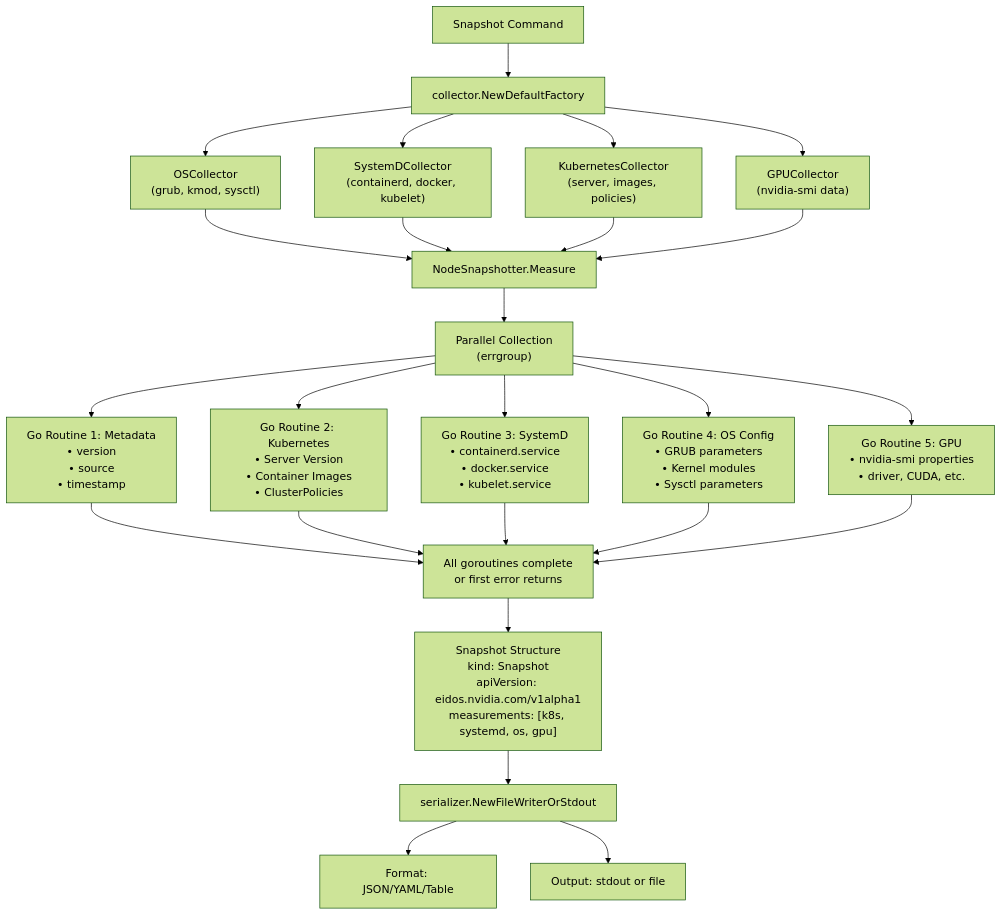
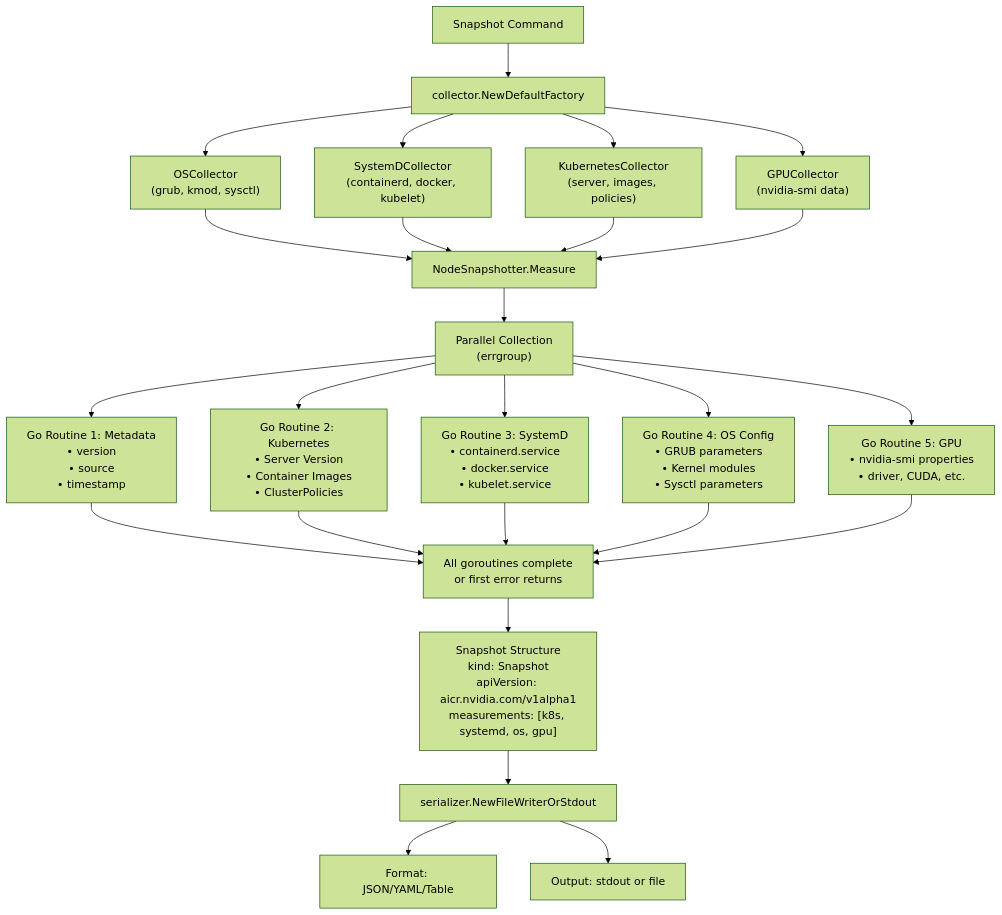
Before and after one commit to hkii/aicr: the fourth of 17 diagrams in docs/contributor/cli.md, drawn with Mermaid (forest theme). The commit also changed other lines of this file and 381 other files, not shown here.

First line of the commit message:
rename: eidos → aicr (AI Cluster Runtime)

````diff
--- a/docs/contributor/cli.md
+++ b/docs/contributor/cli.md
@@ -273,28 +273,28 @@
 ```mermaid
 flowchart TD
     A[Snapshot Command] --> B[collector.NewDefaultFactory]
     
     B --> B1["OSCollector<br/>(grub, kmod, sysctl)"]
     B --> B2["SystemDCollector<br/>(containerd, docker, kubelet)"]
     B --> B3["KubernetesCollector<br/>(server, images, policies)"]
     B --> B4["GPUCollector<br/>(nvidia-smi data)"]
     
     B1 & B2 & B3 & B4 --> C[NodeSnapshotter.Measure]
     
     C --> D["Parallel Collection<br/>(errgroup)"]
     
     D --> D1["Go Routine 1: Metadata<br/>• version<br/>• source<br/>• timestamp"]
     D --> D2["Go Routine 2: Kubernetes<br/>• Server Version<br/>• Container Images<br/>• ClusterPolicies"]
     D --> D3["Go Routine 3: SystemD<br/>• containerd.service<br/>• docker.service<br/>• kubelet.service"]
     D --> D4["Go Routine 4: OS Config<br/>• GRUB parameters<br/>• Kernel modules<br/>• Sysctl parameters"]
     D --> D5["Go Routine 5: GPU<br/>• nvidia-smi properties<br/>• driver, CUDA, etc."]
     
     D1 & D2 & D3 & D4 & D5 --> E["All goroutines complete<br/>or first error returns"]
     
-    E --> F["Snapshot Structure<br/>kind: Snapshot<br/>apiVersion: eidos.nvidia.com/v1alpha1<br/>measurements: [k8s, systemd, os, gpu]"]
+    E --> F["Snapshot Structure<br/>kind: Snapshot<br/>apiVersion: aicr.nvidia.com/v1alpha1<br/>measurements: [k8s, systemd, os, gpu]"]
     
     F --> G[serializer.NewFileWriterOrStdout]
     
     G --> G1["Format: JSON/YAML/Table"]
     G --> G2["Output: stdout or file"]
 ```
````
